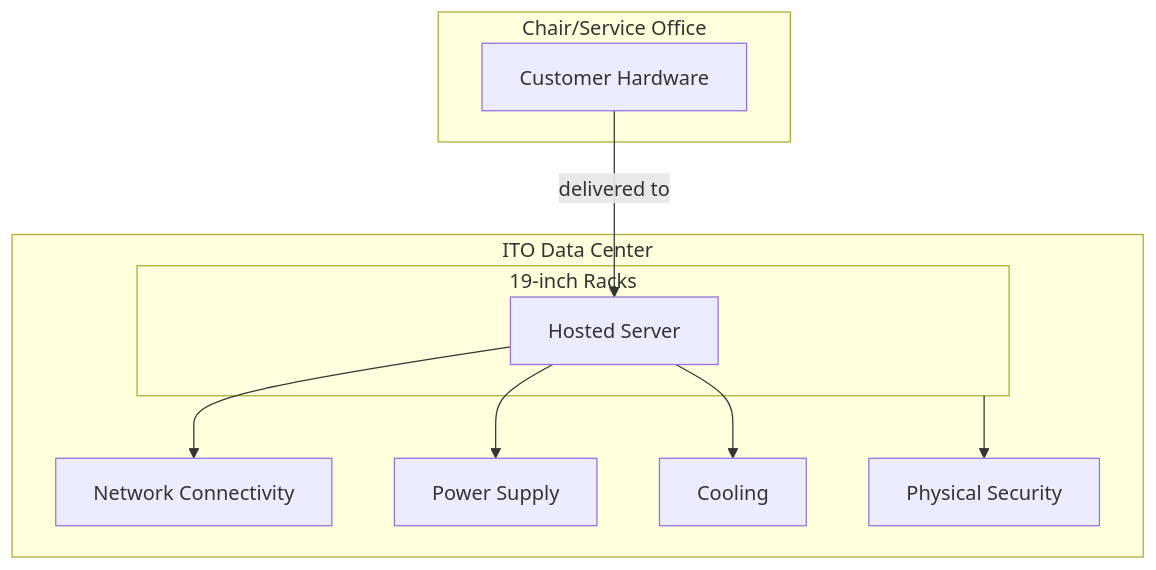
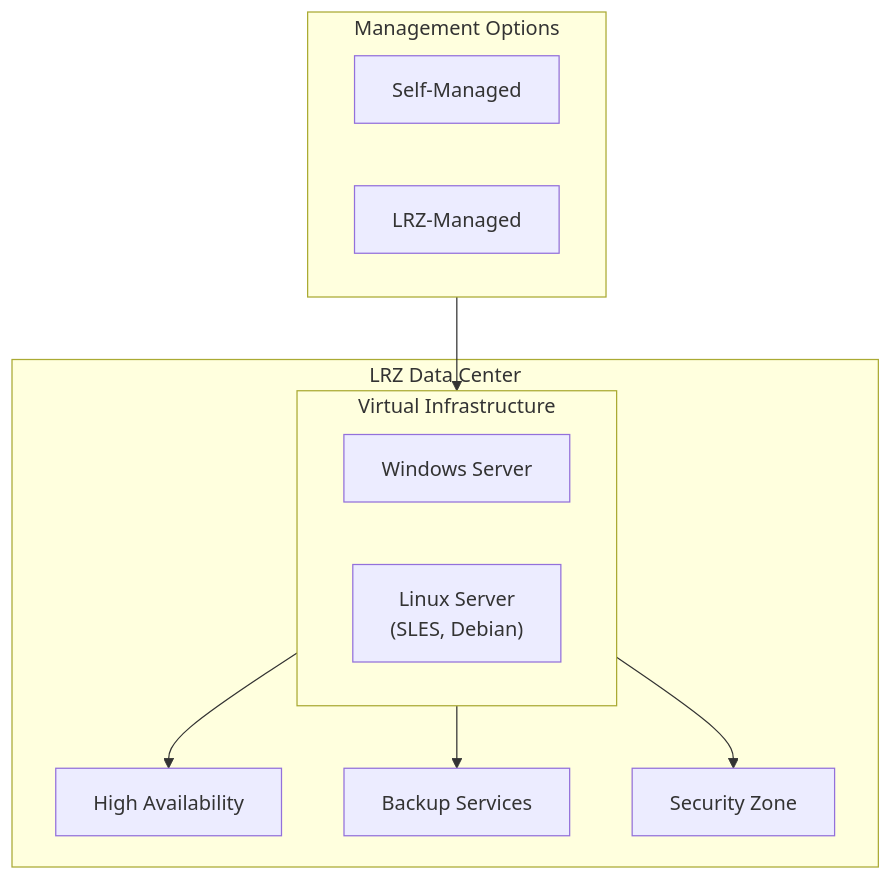
Before and after one commit to jtimo/tum-ito-admin-guide: the first of 3 diagrams in en/chapters/04-infrastructure-services.qmd, drawn with Mermaid. The commit also changed other lines of this file and 21 other files, not shown here.

````diff
--- a/en/chapters/04-infrastructure-services.qmd
+++ b/en/chapters/04-infrastructure-services.qmd
@@ -128,23 +11,23 @@
 ```{mermaid}
-%%| fig-cap: "Hardware Hosting Service"
+%%| fig-cap: "LRZ Virtual Server Infrastructure"
 flowchart TB
-    subgraph Customer["Chair/Service Office"]
-        HW["Customer Hardware"]
+    subgraph LRZ["LRZ Data Center"]
+        subgraph VirtInfra["Virtual Infrastructure"]
+            Win["Windows Server"]
+            Linux["Linux Server<br/>(SLES, Debian)"]
+        end
+        HA["High Availability"]
+        Backup["Backup Services"]
+        Security["Security Zone"]
     end
 
-    subgraph ITO["ITO Data Center"]
-        subgraph Rack["19-inch Racks"]
-            Server["Hosted Server"]
-        end
-        Network["Network Connectivity"]
-        Power["Power Supply"]
-        Cooling["Cooling"]
-        Physical["Physical Security"]
+    subgraph Management["Management Options"]
+        Self["Self-Managed"]
+        Managed["LRZ-Managed"]
     end
 
-    HW --> |delivered to| Server
-    Server --> Network
-    Server --> Power
-    Server --> Cooling
-    Rack --> Physical
+    VirtInfra --> HA
+    VirtInfra --> Backup
+    VirtInfra --> Security
+    Management --> VirtInfra
 ```
````
